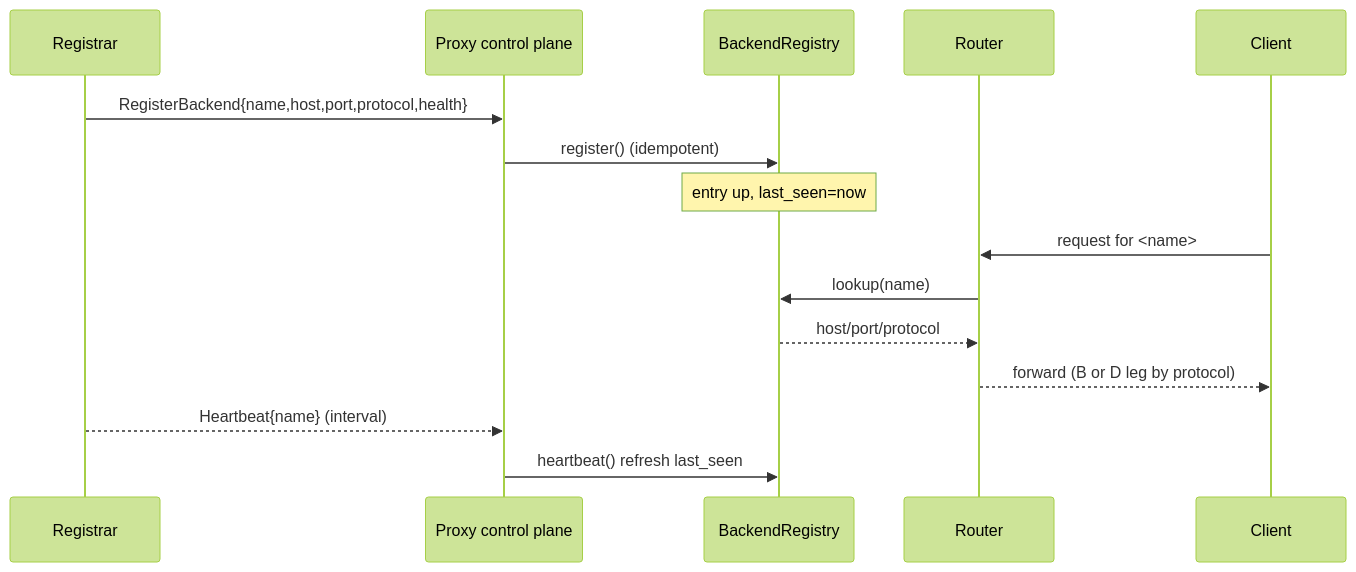
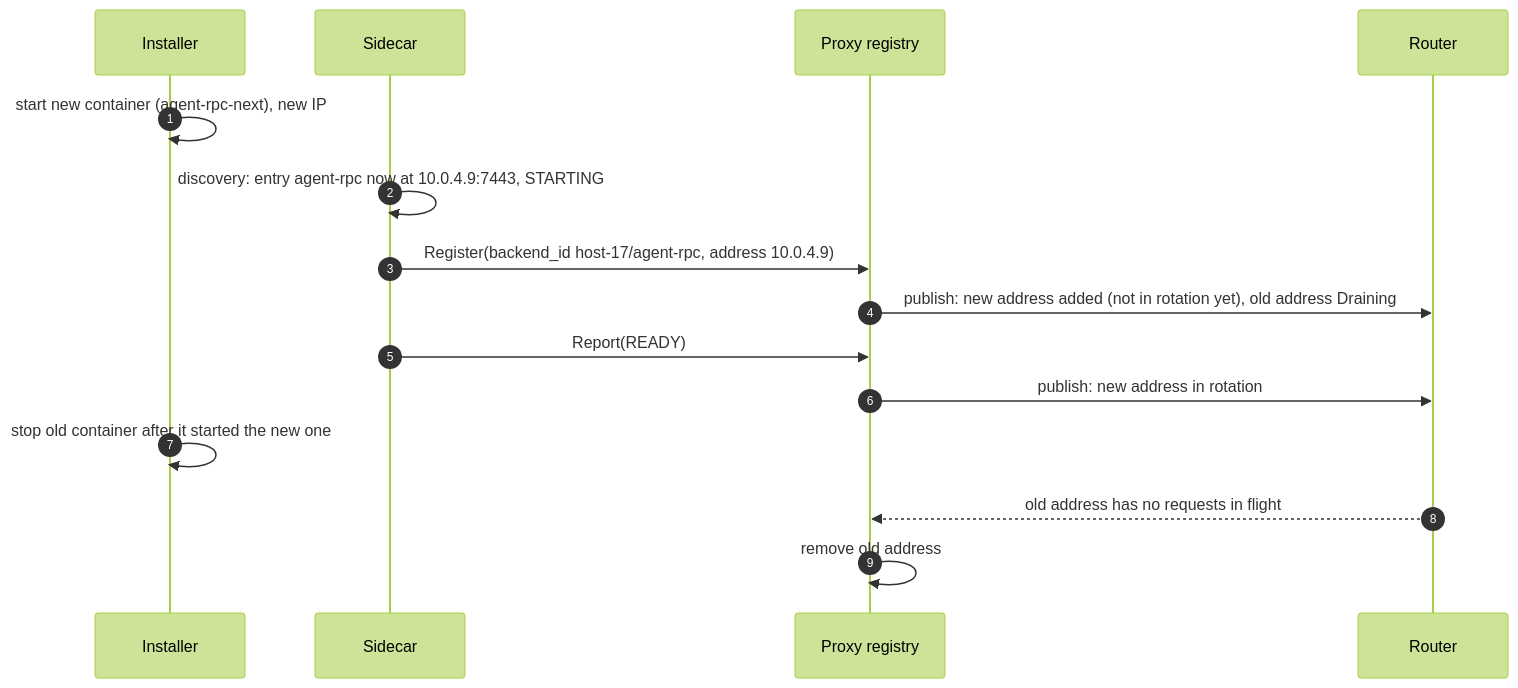
The fifth of 5 diagrams in specifications/65-agent-rpc-serving-system/features/03-proxy-registration/feature.md (ewe-studios/ewe_platform), drawn with Mermaid (forest theme) before and after one commit. The commit also changed other lines of this file and 75 other files, not shown here.

First line of the commit message:
Spec 65 feature 01: foundation_agent_rpc, an agent RPC model server (Connect/gRPC/gRPC-Web, token → mTLS) (#126)

````diff
--- a/specifications/65-agent-rpc-serving-system/features/03-proxy-registration/feature.md
+++ b/specifications/65-agent-rpc-serving-system/features/03-proxy-registration/feature.md
@@ -155,18 +644,17 @@
 ```mermaid
 sequenceDiagram
-    participant R as Registrar
-    participant P as Proxy control plane
-    participant B as BackendRegistry
-    participant RT as Router
-    participant C as Client
-
-    R->>P: RegisterBackend{name,host,port,protocol,health}
-    P->>B: register() (idempotent)
-    Note over B: entry up, last_seen=now
-    C->>RT: request for <name>
-    RT->>B: lookup(name)
-    B-->>RT: host/port/protocol
-    RT-->>C: forward (B or D leg by protocol)
-    R-->>P: Heartbeat{name} (interval)
-    P->>B: heartbeat() refresh last_seen
+    autonumber
+    participant I as Installer
+    participant S as Sidecar
+    participant P as Proxy registry
+    participant R as Router
+    I->>I: start new container (agent-rpc-next), new IP
+    S->>S: discovery: entry agent-rpc now at 10.0.4.9:7443, STARTING
+    S->>P: Register(backend_id host-17/agent-rpc, address 10.0.4.9)
+    P->>R: publish: new address added (not in rotation yet), old address Draining
+    S->>P: Report(READY)
+    P->>R: publish: new address in rotation
+    I->>I: stop old container after it started the new one
+    R-->>P: old address has no requests in flight
+    P->>P: remove old address
 ```
````
